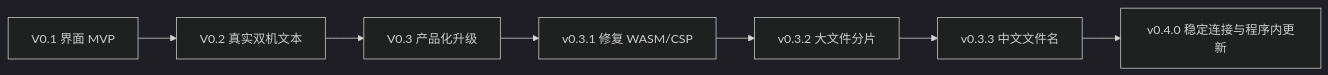
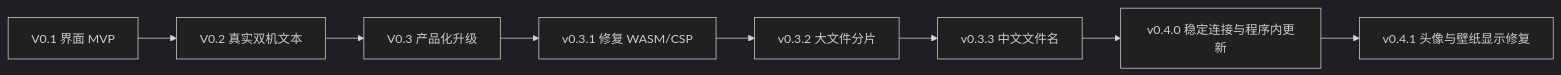
Before and after one commit to cccui070321-pixel/FlowBridge: the diagram in docs/obsidian/FlowBridge/FlowBridge.md, drawn with Mermaid (dark theme). The commit also changed other lines of this file and 10 other files, not shown here.

````diff
--- a/docs/obsidian/FlowBridge/FlowBridge.md
+++ b/docs/obsidian/FlowBridge/FlowBridge.md
@@ -53,9 +54,10 @@
 ```mermaid
 flowchart LR
   A["V0.1 界面 MVP"] --> B["V0.2 真实双机文本"]
   B --> C["V0.3 产品化升级"]
   C --> D["v0.3.1 修复 WASM/CSP"]
   D --> E["v0.3.2 大文件分片"]
   E --> F["v0.3.3 中文文件名"]
   F --> G["v0.4.0 稳定连接与程序内更新"]
+  G --> H["v0.4.1 头像与壁纸显示修复"]
 ```
````
